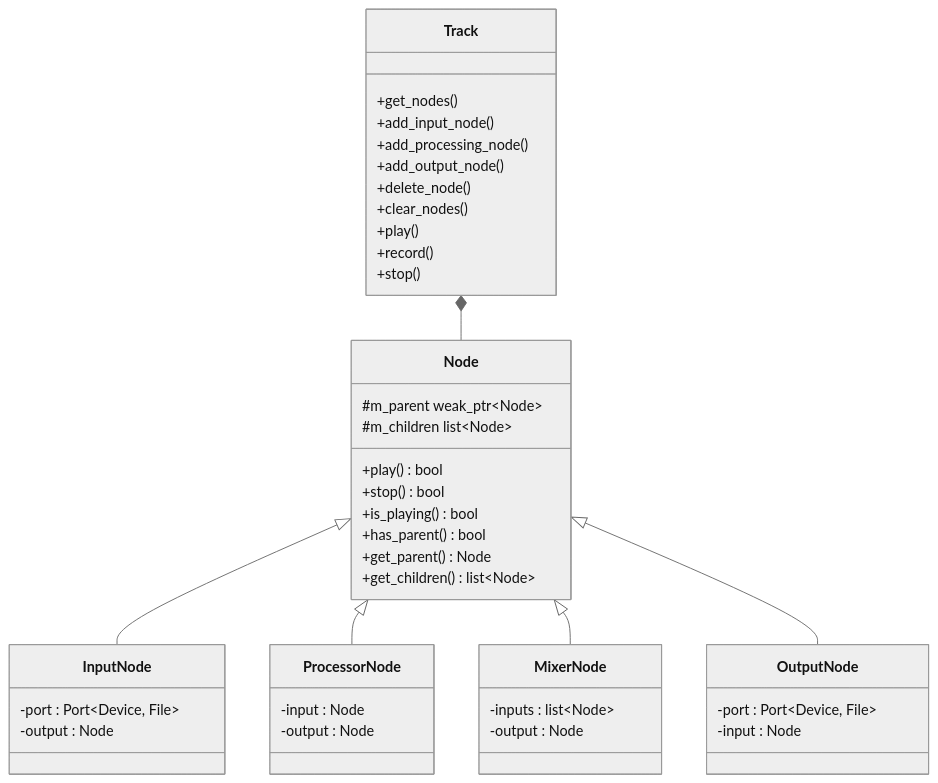
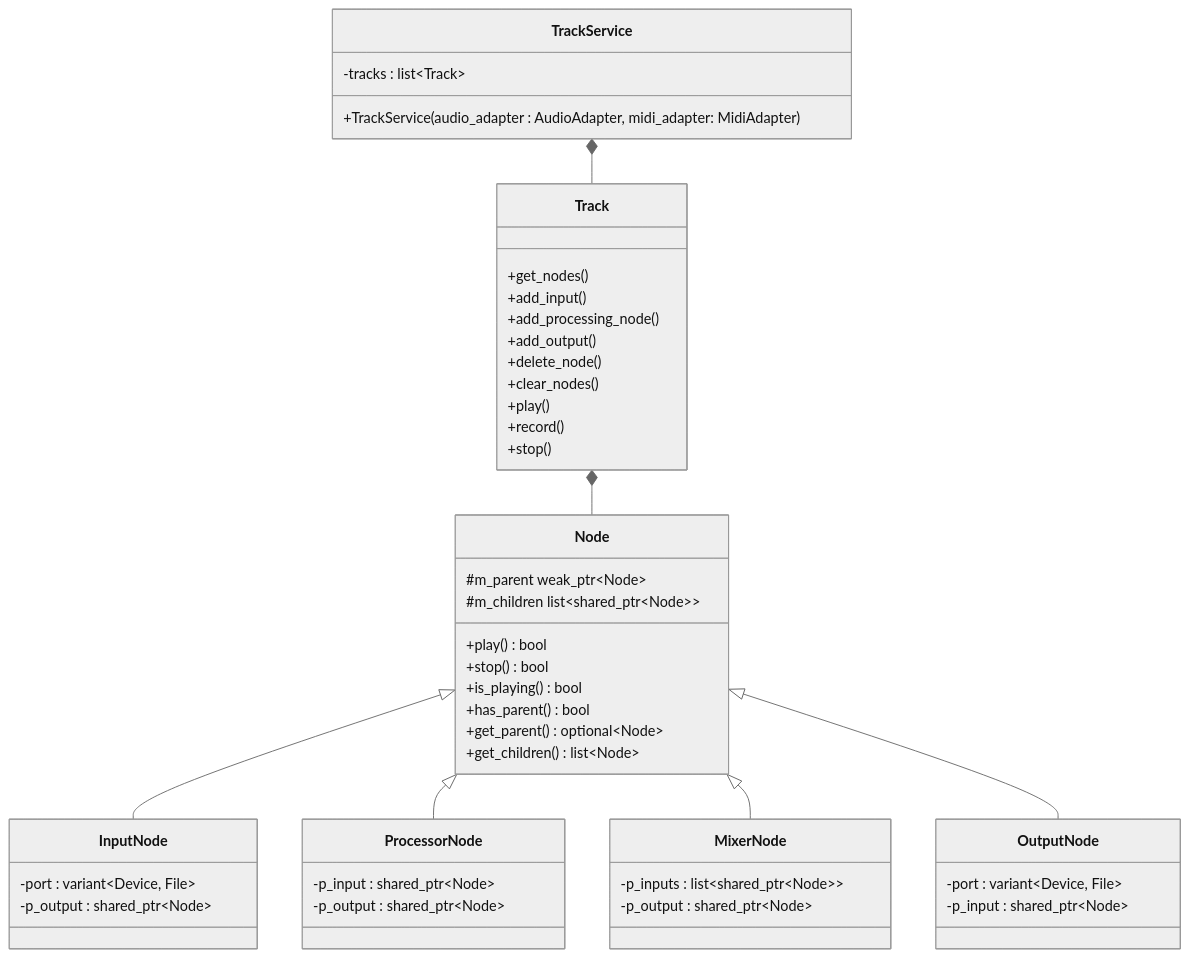
Diagram 13 of 21 in docs/DESIGN_DOC.md (aidan-clyens/miniaudioengine), drawn with Mermaid (neutral theme) before and after one commit. The commit also changed other lines of this file and 1 other file, not shown here.

````diff
--- a/docs/DESIGN_DOC.md
+++ b/docs/DESIGN_DOC.md
@@ -417,54 +459,61 @@
 ```mermaid
 classDiagram
 
+    class TrackService {
+        -tracks : list~Track~
+        +TrackService(audio_adapter : AudioAdapter, midi_adapter: MidiAdapter)
+    }
+
     class Track {
         +get_nodes()
-        +add_input_node()
+        +add_input()
         +add_processing_node()
-        +add_output_node()
+        +add_output()
         +delete_node()
         +clear_nodes()
 
         +play()
         +record()
         +stop()
     }
 
     class Node {
         +play() bool
         +stop() bool
         +is_playing() bool
         +has_parent() bool
-        +get_parent() Node
+        +get_parent() optional~Node~
         +get_children() list~Node~
         #m_parent weak_ptr~Node~
-        #m_children list~Node~
+        #m_children list~shared_ptr~Node~~
     }
 
     class InputNode {
-        -port : Port~Device, File~
-        -output : Node
+        -port : variant~Device, File~
+        -p_output : shared_ptr~Node~
     }
 
     class OutputNode {
-        -port : Port~Device, File~
-        -input : Node
+        -port : variant~Device, File~
+        -p_input : shared_ptr~Node~
     }
 
     class ProcessorNode {
-        -input : Node
-        -output : Node
+        -p_input : shared_ptr~Node~
+        -p_output : shared_ptr~Node~
     }
 
     class MixerNode {
-        -inputs : list~Node~
-        -output : Node
+        -p_inputs : list~shared_ptr~Node~~
+        -p_output : shared_ptr~Node~
     }
+
+    TrackService *-- Track
 
     Track *-- Node
 
     Node <|-- InputNode
     Node <|-- ProcessorNode
     Node <|-- MixerNode
     Node <|-- OutputNode
 ```
````
